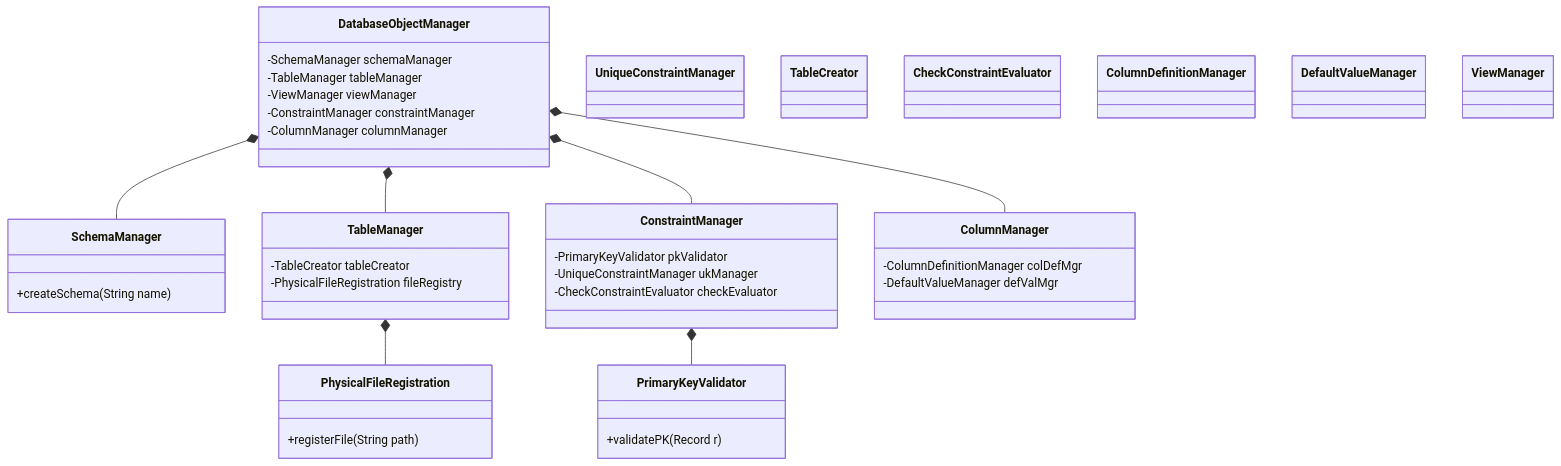
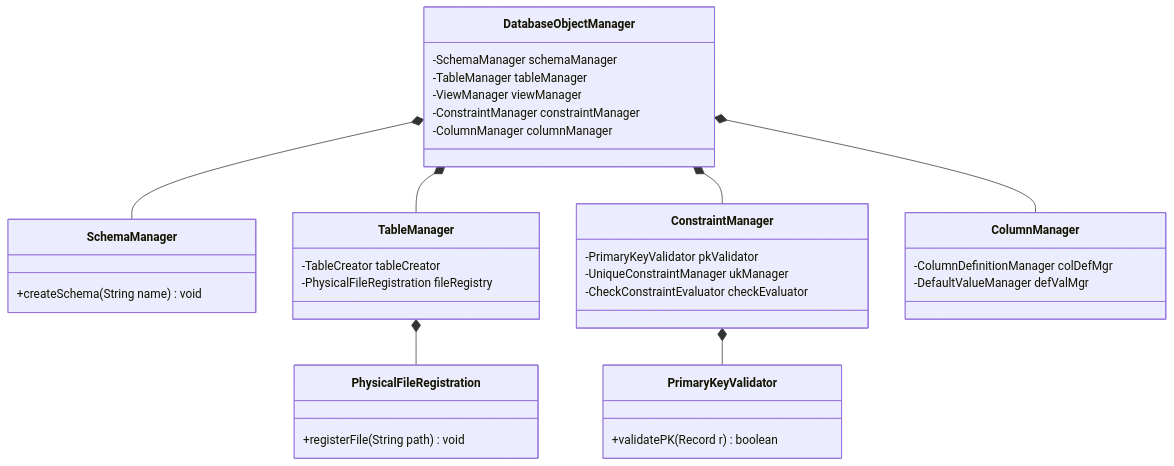
One commit to TamBui1706/DBMS changed the sixth of 9 diagrams in README.md. Above: the diagram before and after it, drawn with Mermaid. The commit also changed other lines of this file and 2 other files, not shown here.

Commit message:
Up Class Diagram

````diff
--- a/README.md
+++ b/README.md
@@ -654,45 +661,39 @@
 ```mermaid
 classDiagram
-    class DatabaseObjectManager {
+class DatabaseObjectManager {
         -SchemaManager schemaManager
         -TableManager tableManager
         -ViewManager viewManager
         -ConstraintManager constraintManager
         -ColumnManager columnManager
     }
     class SchemaManager {
-        +createSchema(String name)
+        +createSchema(String name) void
     }
     class TableManager {
         -TableCreator tableCreator
         -PhysicalFileRegistration fileRegistry
     }
     class PhysicalFileRegistration {
-        +registerFile(String path)
+        +registerFile(String path) void
     }
     class ConstraintManager {
         -PrimaryKeyValidator pkValidator
         -UniqueConstraintManager ukManager
         -CheckConstraintEvaluator checkEvaluator
     }
     class PrimaryKeyValidator {
-        +validatePK(Record r)
+        +validatePK(Record r) boolean
     }
     class ColumnManager {
         -ColumnDefinitionManager colDefMgr
         -DefaultValueManager defValMgr
     }
 
     DatabaseObjectManager *-- SchemaManager
     DatabaseObjectManager *-- TableManager
     DatabaseObjectManager *-- ConstraintManager
     DatabaseObjectManager *-- ColumnManager
     ConstraintManager *-- PrimaryKeyValidator
     TableManager *-- PhysicalFileRegistration
-    class UniqueConstraintManager
-    class TableCreator
-    class CheckConstraintEvaluator
-    class ColumnDefinitionManager
-    class DefaultValueManager
-    class ViewManager
 ```
````
